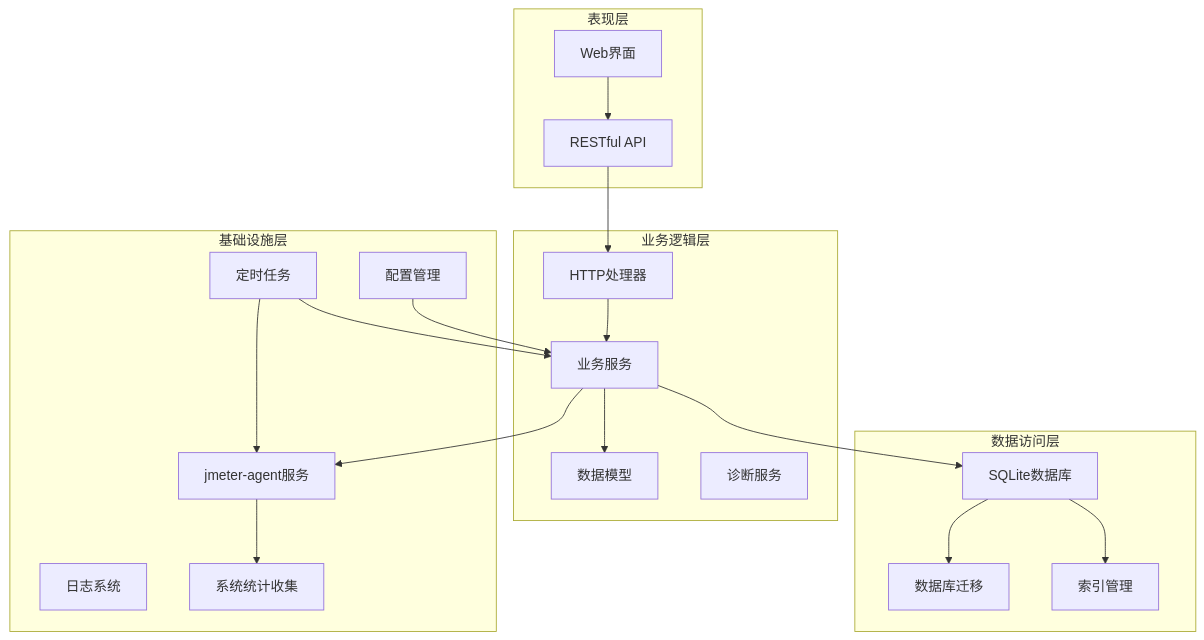
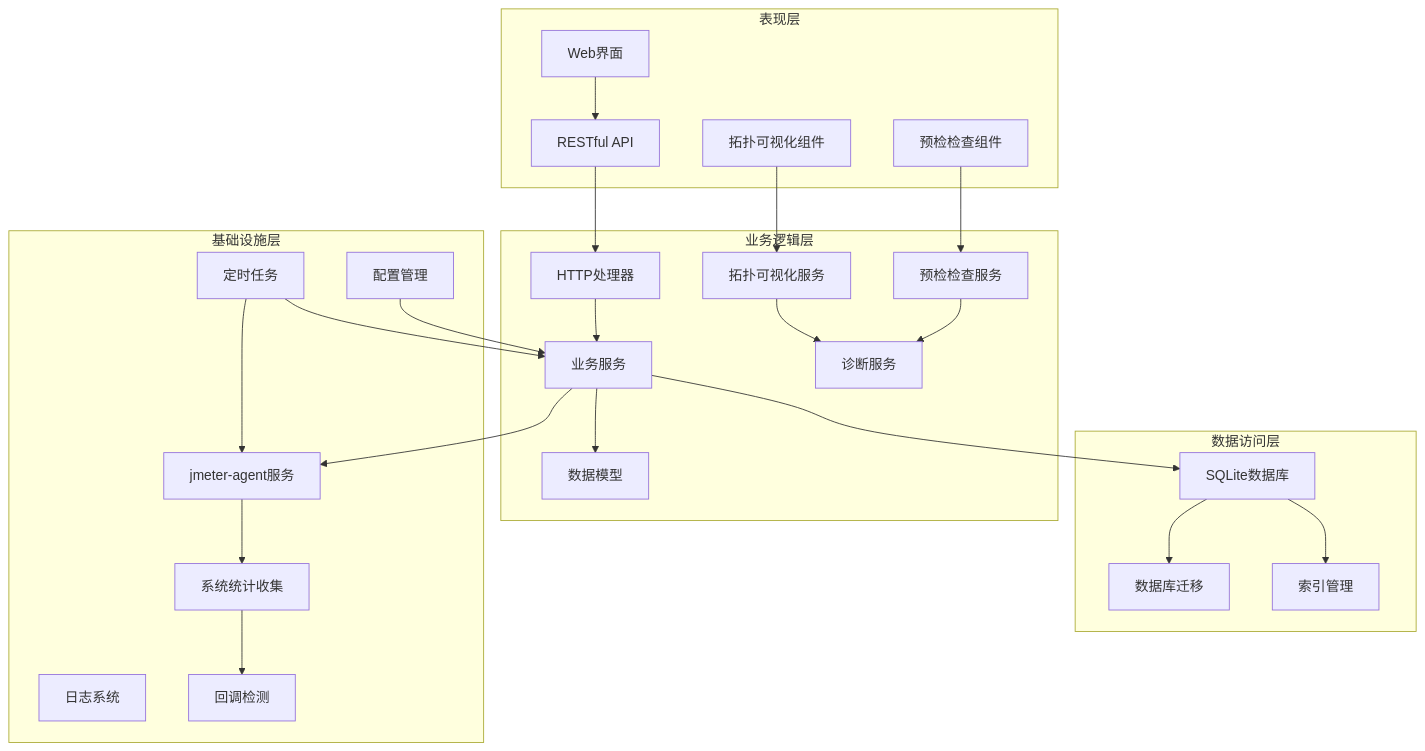
The third of 18 diagrams in .qoder/repowiki/zh/content/核心业务模块/Slave节点管理系统/Slave节点管理系统.md (Liyuhao02/Jmeter-Admin), drawn with Mermaid before and after one commit. The commit also changed other lines of this file and 16 other files, not shown here.

````diff
--- a/.qoder/repowiki/zh/content/核心业务模块/Slave节点管理系统/Slave节点管理系统.md
+++ b/.qoder/repowiki/zh/content/核心业务模块/Slave节点管理系统/Slave节点管理系统.md
@@ -198,37 +243,47 @@
 ```mermaid
 graph TB
 subgraph "表现层"
 UI[Web界面]
 API[RESTful API]
+Preflight[预检检查组件]
+Topology[拓扑可视化组件]
 end
 subgraph "业务逻辑层"
 Handler[HTTP处理器]
 Service[业务服务]
 Model[数据模型]
 Diagnostic[诊断服务]
+PreflightService[预检检查服务]
+TopologyService[拓扑可视化服务]
 end
 subgraph "数据访问层"
 DB[SQLite数据库]
 Migration[数据库迁移]
 Index[索引管理]
 end
 subgraph "基础设施层"
 Config[配置管理]
 Logger[日志系统]
 Timer[定时任务]
 Agent[jmeter-agent服务]
 StatsCollector[系统统计收集]
+CallbackChecker[回调检测]
 end
 UI --> API
 API --> Handler
 Handler --> Service
 Service --> Model
 Service --> DB
 Service --> Agent
 Agent --> StatsCollector
+StatsCollector --> CallbackChecker
 DB --> Migration
 DB --> Index
 Config --> Service
 Timer --> Service
 Timer --> Agent
+Preflight --> PreflightService
+Topology --> TopologyService
+PreflightService --> Diagnostic
+TopologyService --> Diagnostic
 ```
````
